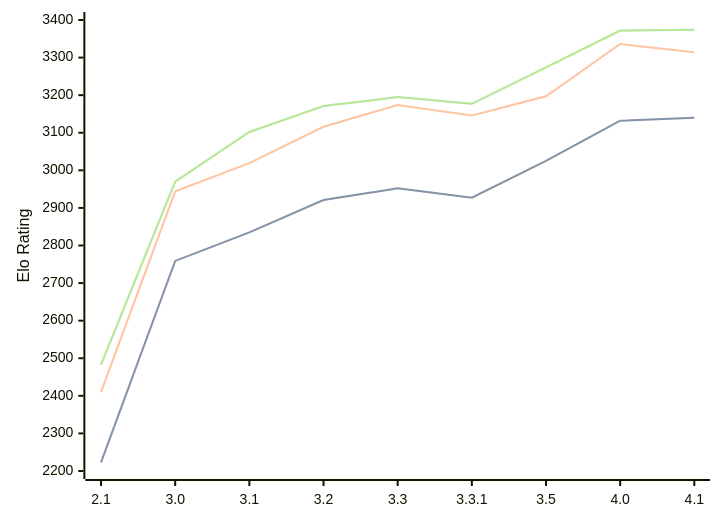
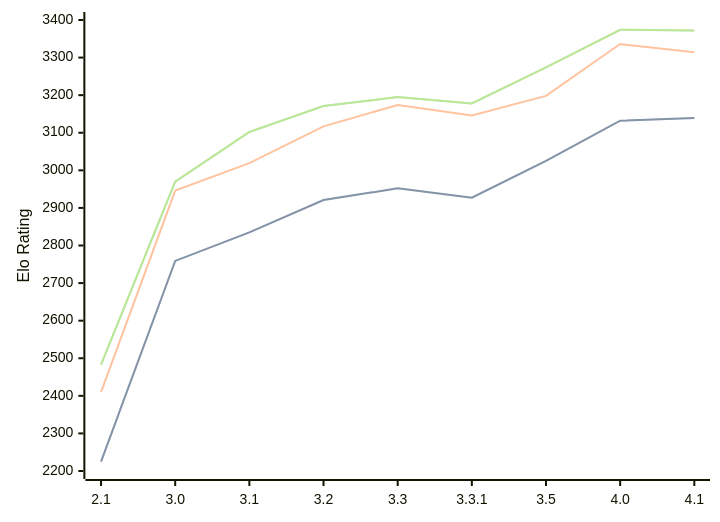
One commit to computer-chess-index/cci changed the diagram in engines/Petrel.md. Above: the diagram before and after it, drawn with Mermaid. The commit also changed other lines of this file, not shown here.

Commit message:
Update CCI Ratings (ELO VLTC) - 2026-09-18

````diff
--- a/engines/Petrel.md
+++ b/engines/Petrel.md
@@ -39,11 +39,11 @@
 ```mermaid
 %%{init: {"theme":"base","themeVariables":{"seriesColors:['#a3a3a3','#222221','#faa371']}}}%%
 xychart-beta
   x-axis ["2.1", "3.0", "3.1", "3.2", "3.3", "3.3.1", "3.5", "4.0", "4.1"]
   y-axis "Elo Rating" 2200 --> 3400
-  line "" [2223, 2759, 2835, 2921, 2952, 2927, 3025, 3132, 3140]
-  line "STC (8.0+0.08s)" [2223, 2759, 2835, 2921, 2952, 2927, 3025, 3132, 3140]
-  line "LTC (60.0+0.60s)" [2410, 2944, 3019, 3116, 3174, 3146, 3197, 3336, 3314]
-  line "" [2483, 2970, 3102, 3171, 3195, 3177, 3274, 3372, 3374]
-  line "VLTC (2m24s+1.12s)" [2483, 2970, 3102, 3171, 3195, 3177, 3274, 3372, 3374]
+  line "" [2225, 2759, 2835, 2921, 2952, 2927, 3025, 3132, 3139]
+  line "STC (8.0+0.08s)" [2225, 2759, 2835, 2921, 2952, 2927, 3025, 3132, 3139]
+  line "LTC (60.0+0.60s)" [2410, 2946, 3019, 3117, 3174, 3146, 3198, 3336, 3314]
+  line "" [2483, 2970, 3102, 3171, 3195, 3178, 3274, 3374, 3372]
+  line "VLTC (2m24s+1.12s)" [2483, 2970, 3102, 3171, 3195, 3178, 3274, 3374, 3372]
 ```
````
